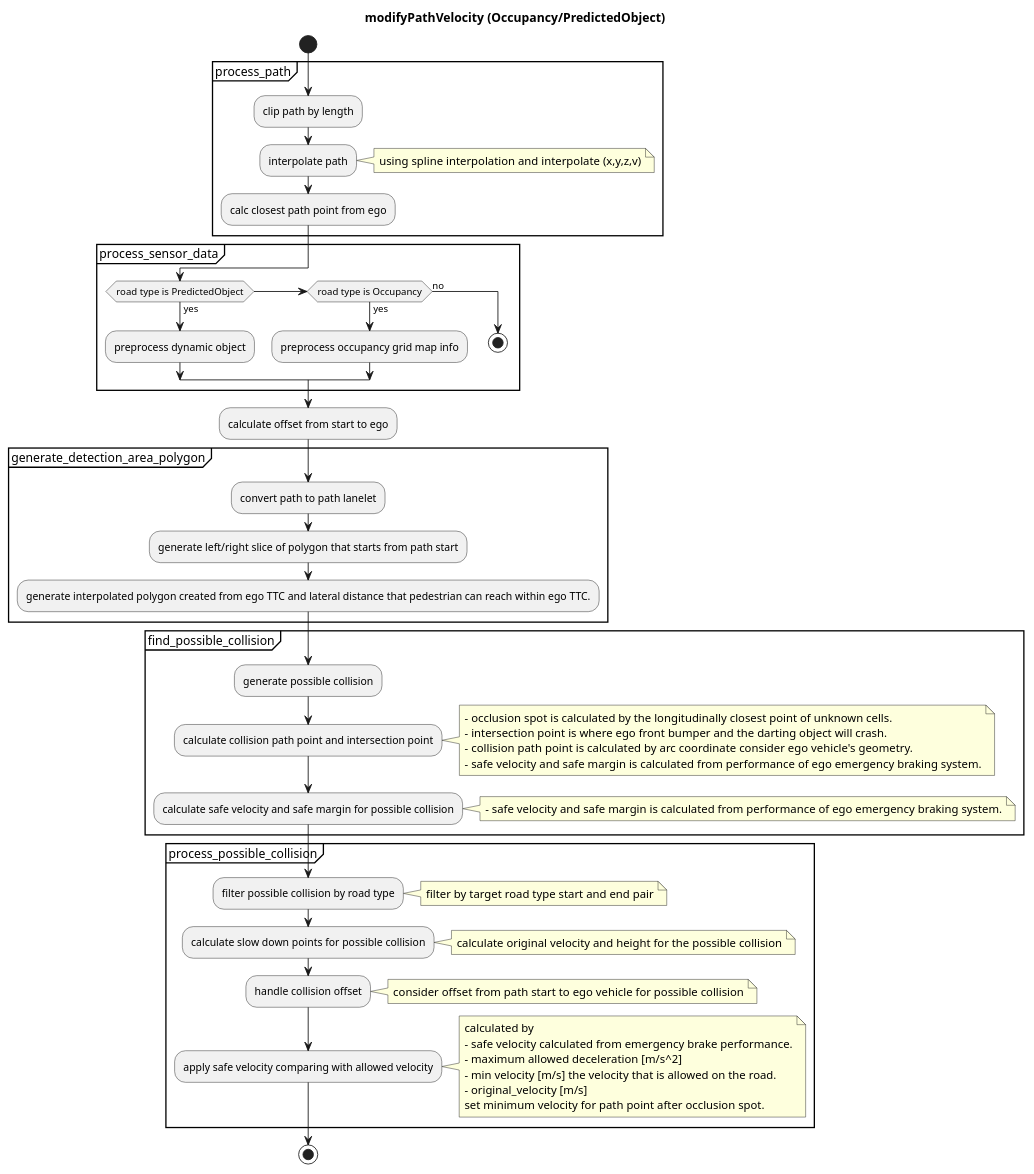
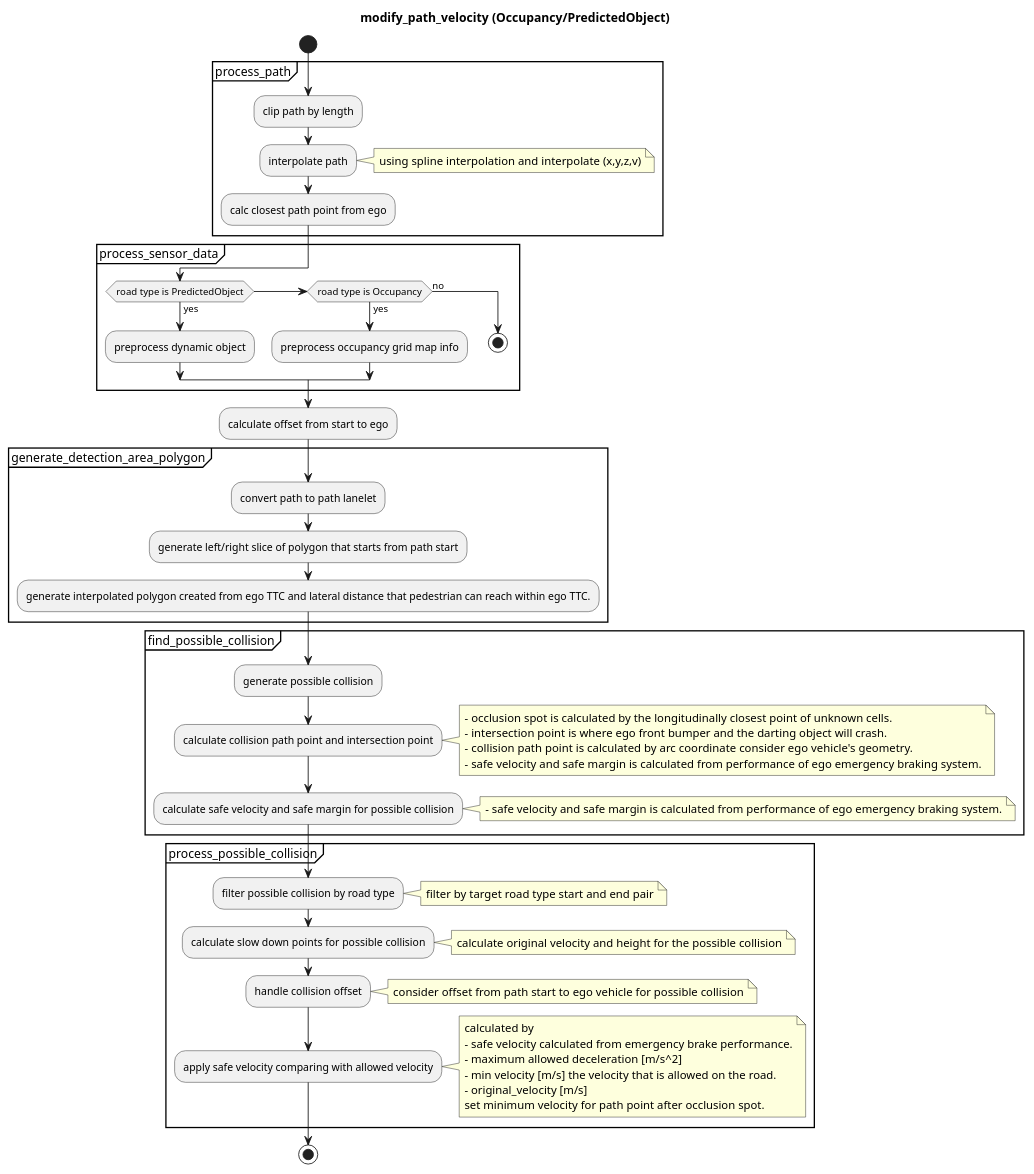
Before and after one commit to autowarefoundation/autoware.universe: the first of 3 diagrams in planning/behavior_velocity_planner/autoware_behavior_velocity_occlusion_spot_module/README.md, drawn with PlantUML. The commit also changed other lines of this file and 131 other files, not shown here.

````diff
--- a/planning/behavior_velocity_planner/autoware_behavior_velocity_occlusion_spot_module/README.md
+++ b/planning/behavior_velocity_planner/autoware_behavior_velocity_occlusion_spot_module/README.md
@@ -159,69 +159,69 @@
 ```plantuml
 @startuml
-title modifyPathVelocity (Occupancy/PredictedObject)
+title modify_path_velocity (Occupancy/PredictedObject)
 start
 
 partition process_path {
 :clip path by length;
 :interpolate path;
 note right
   using spline interpolation and interpolate (x,y,z,v)
 end note
 :calc closest path point from ego;
 }
 
 partition process_sensor_data {
 if (road type is PredictedObject) then (yes)
   :preprocess dynamic object;
 else if (road type is Occupancy) then (yes)
   :preprocess occupancy grid map info;
 else (no)
   stop
 endif
 }
 :calculate offset from start to ego;
 partition generate_detection_area_polygon {
 :convert path to path lanelet;
 :generate left/right slice of polygon that starts from path start;
 :generate interpolated polygon created from ego TTC and lateral distance that pedestrian can reach within ego TTC.;
 }
 partition find_possible_collision {
 :generate possible collision;
 :calculate collision path point and intersection point;
 note right
   - occlusion spot is calculated by the longitudinally closest point of unknown cells.
   - intersection point is where ego front bumper and the darting object will crash.
   - collision path point is calculated by arc coordinate consider ego vehicle's geometry.
   - safe velocity and safe margin is calculated from performance of ego emergency braking system.
 end note
 :calculate safe velocity and safe margin for possible collision;
 note right
   - safe velocity and safe margin is calculated from performance of ego emergency braking system.
 end note
 }
 partition process_possible_collision {
 :filter possible collision by road type;
 note right
 filter by target road type start and end pair
 end note
 :calculate slow down points for possible collision;
 note right
 calculate original velocity and height for the possible collision
 end note
 :handle collision offset;
 note right
 consider offset from path start to ego vehicle for possible collision
 end note
 :apply safe velocity comparing with allowed velocity;
 note right
 calculated by
 - safe velocity calculated from emergency brake performance.
 - maximum allowed deceleration [m/s^2]
 - min velocity [m/s] the velocity that is allowed on the road.
 - original_velocity [m/s]
 set minimum velocity for path point after occlusion spot.
 end note
 }
 stop
 @enduml
 ```
````
